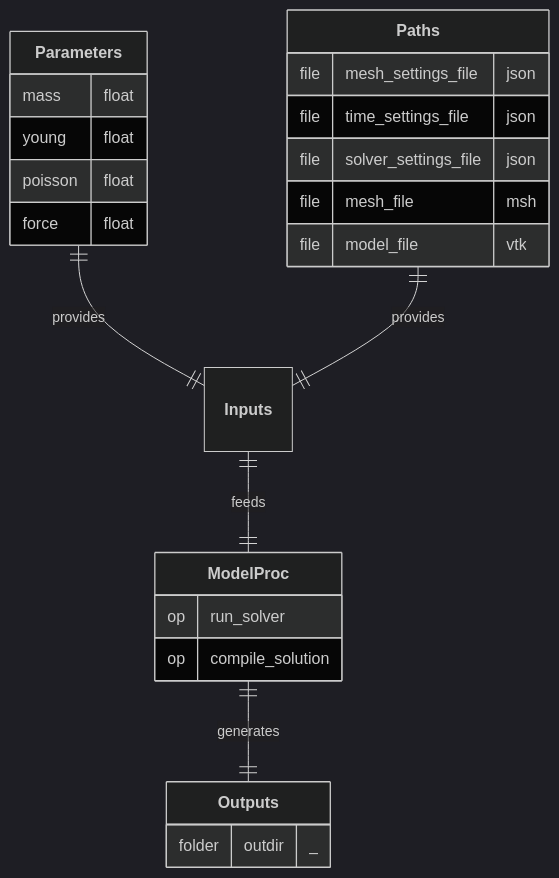
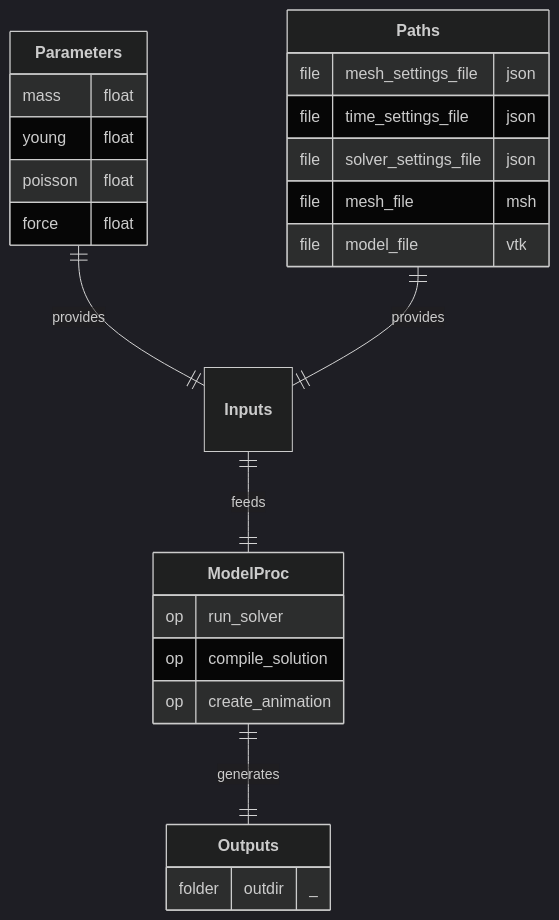
The diagram in src/nuremics_labs/apps/simulation/CANTILEVER_SHEAR_APP/procs/SolverProc/README.md (nuremics/sim-labs), drawn with Mermaid (dark theme) before and after one commit. The commit also changed other lines of this file and 11 other files, not shown here.

````diff
--- a/src/nuremics_labs/apps/simulation/CANTILEVER_SHEAR_APP/procs/SolverProc/README.md
+++ b/src/nuremics_labs/apps/simulation/CANTILEVER_SHEAR_APP/procs/SolverProc/README.md
@@ -15,28 +17,29 @@
 ```mermaid
 erDiagram
   **Parameters** ||--|| **Inputs** : provides
   **Paths** ||--|| **Inputs** : provides
   **Inputs** ||--|| **ModelProc** : feeds
   **ModelProc** ||--|| **Outputs** : generates
 
   **Parameters** {
     mass float
     young float
     poisson float
     force float
   }
   **Paths** {
     file mesh_settings_file "json"
     file time_settings_file "json"
     file solver_settings_file "json"
     file mesh_file "msh"
     file model_file "vtk"
   }
   **ModelProc** {
     op run_solver
     op compile_solution
+    op create_animation
   }
   **Outputs** {
     folder outdir "_"
   }
 ```
````
